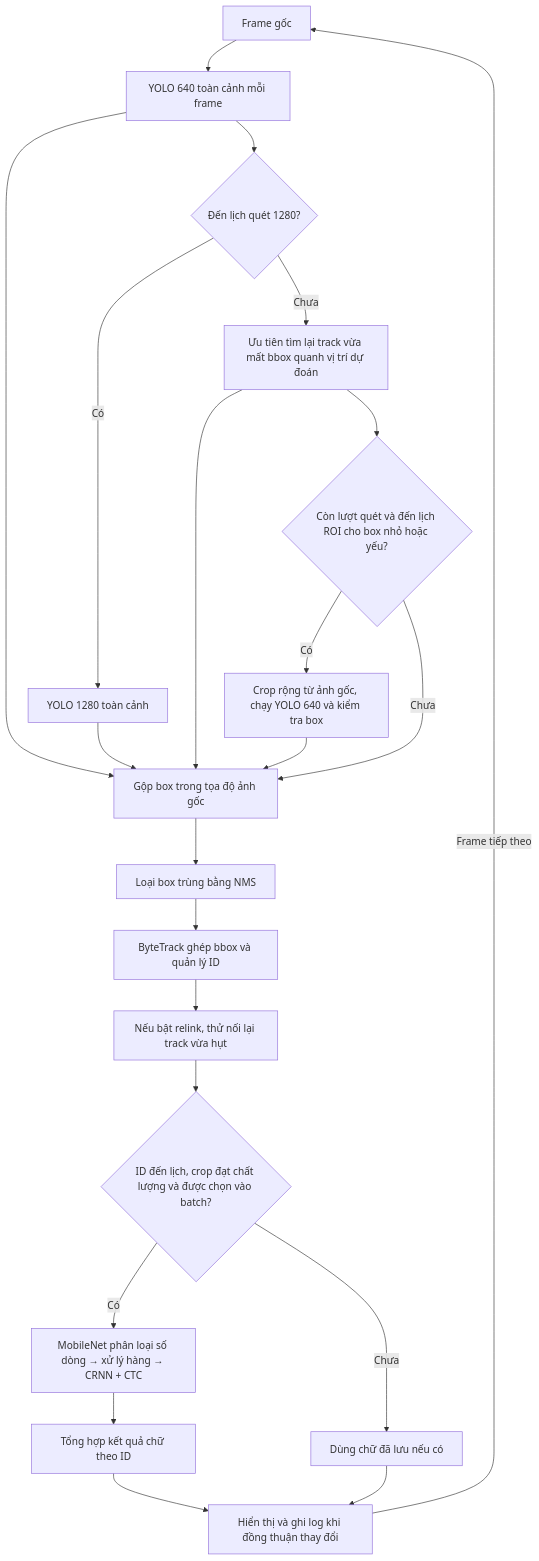
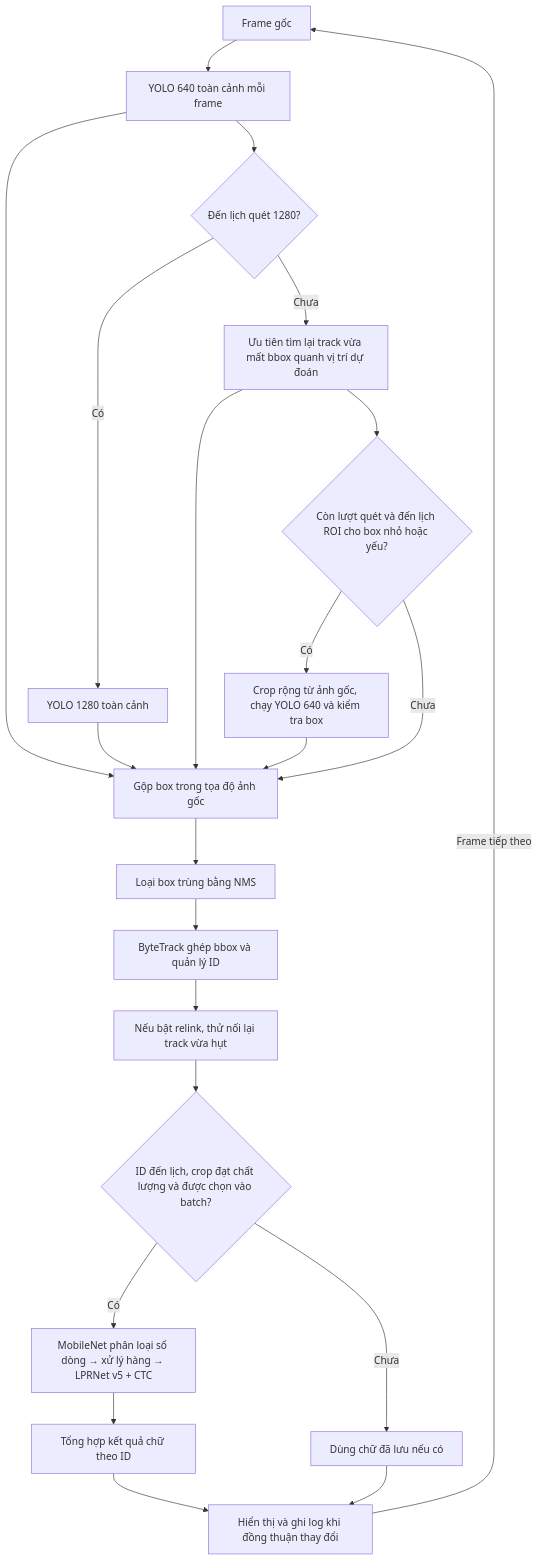
One commit to thetreeee/License-plate-recognize-Yolo-CNN changed the diagram in README.md. Above: the diagram before and after it, drawn with Mermaid. The commit also changed other lines of this file and 6 other files, not shown here.

Commit message:
feat(ocr): use LPRNet v5 by default and keep CRNN as baseline

````diff
--- a/README.md
+++ b/README.md
@@ -31,24 +43,24 @@
 ```mermaid
 flowchart TD
     A["Frame gốc"] --> B["YOLO 640 toàn cảnh mỗi frame"]
     B --> G["Gộp box trong tọa độ ảnh gốc"]
     B --> H{"Đến lịch quét 1280?"}
     H -->|Có| Y["YOLO 1280 toàn cảnh"]
     H -->|Chưa| F["Ưu tiên tìm lại track vừa mất bbox quanh vị trí dự đoán"]
     F --> G
     F --> R{"Còn lượt quét và đến lịch ROI cho box nhỏ hoặc yếu?"}
     R -->|Có| C["Crop rộng từ ảnh gốc, chạy YOLO 640 và kiểm tra box"]
     R -->|Chưa| G
     Y --> G
     C --> G
     G --> N["Loại box trùng bằng NMS"]
     N --> T["ByteTrack ghép bbox và quản lý ID"]
     T --> K["Nếu bật relink, thử nối lại track vừa hụt"]
     K --> O{"ID đến lịch, crop đạt chất lượng và được chọn vào batch?"}
-    O -->|Có| M["MobileNet phân loại số dòng → xử lý hàng → CRNN + CTC"]
+    O -->|Có| M["MobileNet phân loại số dòng → xử lý hàng → LPRNet v5 + CTC"]
     M --> V["Tổng hợp kết quả chữ theo ID"]
     O -->|Chưa| U["Dùng chữ đã lưu nếu có"]
     V --> D["Hiển thị và ghi log khi đồng thuận thay đổi"]
     U --> D
     D -->|Frame tiếp theo| A
 ```
````
